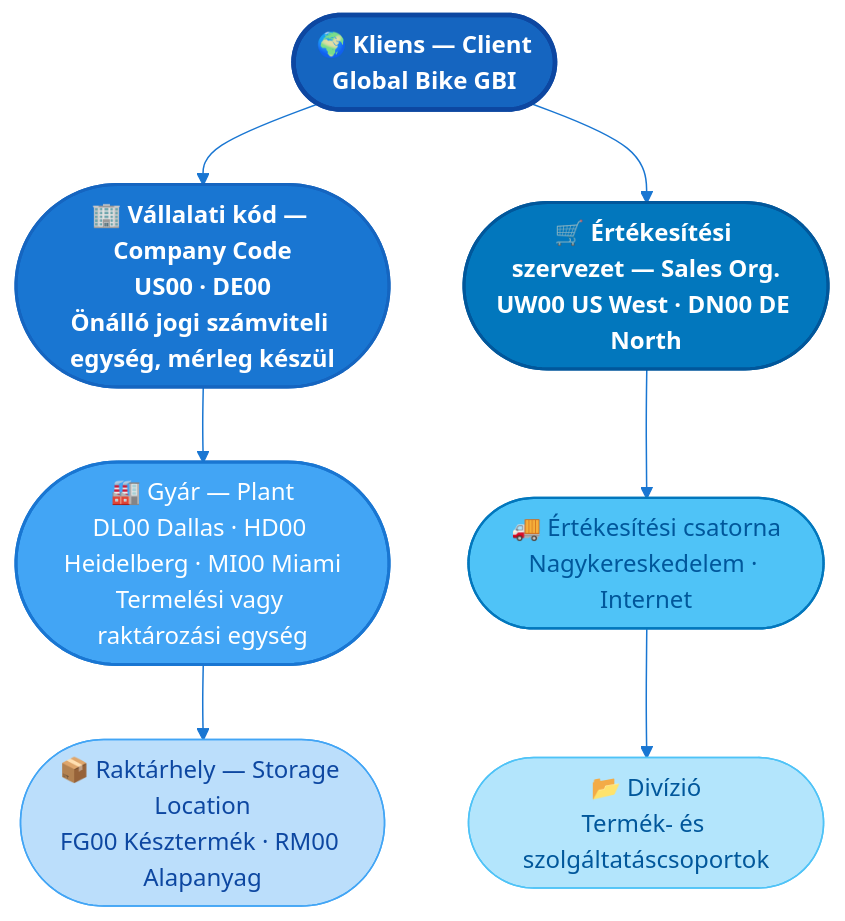
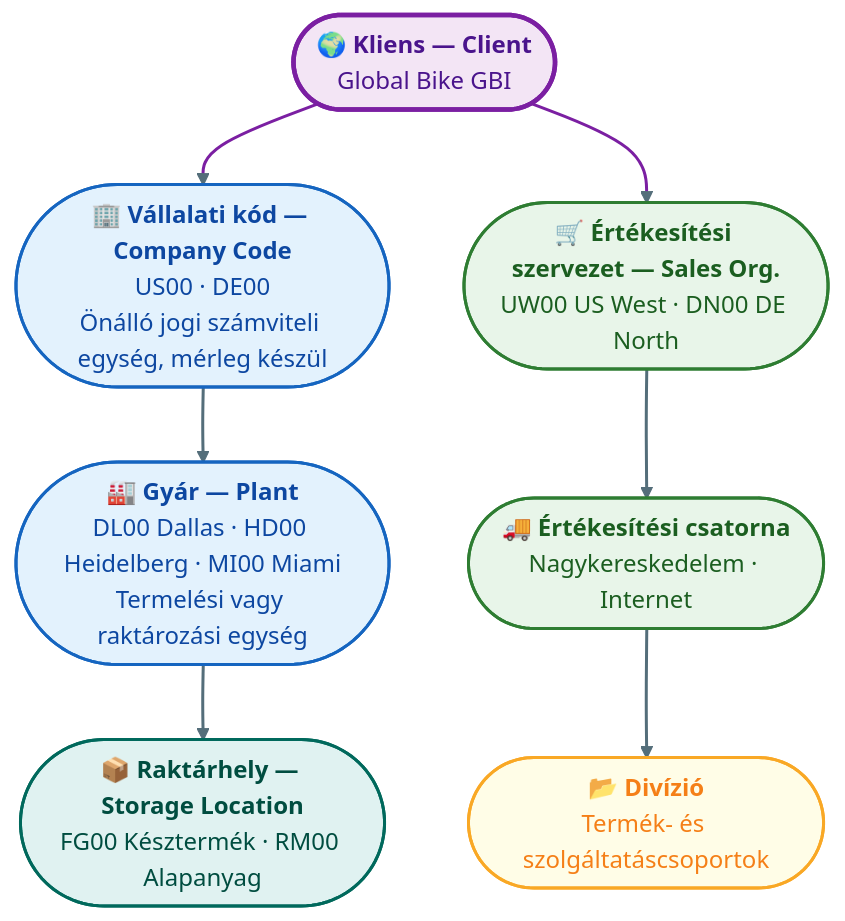
Before and after one commit to denespocsik/MM_BSC_Zarovizsga: the second of 3 diagrams in Tételek/V14-GMXIV2MBLF-SAP S4HANA struktúra és modulok.tétel.md, drawn with Mermaid. The commit also changed other lines of this file and 34 other files, not shown here.

First line of the commit message:
style(tételek): egységes vizuális arculat a Mermaid-diagramokhoz

````diff
--- a/Tételek/V14-GMXIV2MBLF-SAP S4HANA struktúra és modulok.tétel.md
+++ b/Tételek/V14-GMXIV2MBLF-SAP S4HANA struktúra és modulok.tétel.md
@@ -62,22 +66,22 @@
 ```mermaid
-%%{init: {'theme': 'base', 'themeVariables': {'primaryColor': '#E3F2FD', 'primaryBorderColor': '#1565C0', 'lineColor': '#1976D2'}}}%%
 flowchart TD
-    classDef client  fill:#1565C0,stroke:#0D47A1,stroke-width:3px,color:#fff,font-weight:bold
-    classDef company fill:#1976D2,stroke:#1565C0,stroke-width:2px,color:#fff,font-weight:bold
-    classDef plant   fill:#42A5F5,stroke:#1976D2,stroke-width:2px,color:#fff
-    classDef storage fill:#BBDEFB,stroke:#42A5F5,stroke-width:1px,color:#0D47A1
-    classDef sales   fill:#0277BD,stroke:#01579B,stroke-width:2px,color:#fff,font-weight:bold
-    classDef channel fill:#4FC3F7,stroke:#0277BD,stroke-width:1.5px,color:#01579B
-    classDef div     fill:#B3E5FC,stroke:#4FC3F7,stroke-width:1px,color:#01579B
-
-    CL(["🌍 Kliens — Client\nGlobal Bike GBI"]):::client
-    CC(["🏢 Vállalati kód — Company Code\nUS00 · DE00\nÖnálló jogi számviteli egység, mérleg készül"]):::company
-    PL(["🏭 Gyár — Plant\nDL00 Dallas · HD00 Heidelberg · MI00 Miami\nTermelési vagy raktározási egység"]):::plant
-    SL(["📦 Raktárhely — Storage Location\nFG00 Késztermék · RM00 Alapanyag"]):::storage
-    SO(["🛒 Értékesítési szervezet — Sales Org.\nUW00 US West · DN00 DE North"]):::sales
-    DC(["🚚 Értékesítési csatorna\nNagykereskedelem · Internet"]):::channel
-    DV(["📂 Divízió\nTermék- és szolgáltatáscsoportok"]):::div
+    CL(["🌍 <b>Kliens — Client</b><br/>Global Bike GBI"]):::lilaH
+    CC(["🏢 <b>Vállalati kód — Company Code</b><br/>US00 · DE00<br/>Önálló jogi számviteli egység, mérleg készül"]):::kek
+    PL(["🏭 <b>Gyár — Plant</b><br/>DL00 Dallas · HD00 Heidelberg · MI00 Miami<br/>Termelési vagy raktározási egység"]):::kek
+    SL(["📦 <b>Raktárhely — Storage Location</b><br/>FG00 Késztermék · RM00 Alapanyag"]):::turkiz
+    SO(["🛒 <b>Értékesítési szervezet — Sales Org.</b><br/>UW00 US West · DN00 DE North"]):::zold
+    DC(["🚚 <b>Értékesítési csatorna</b><br/>Nagykereskedelem · Internet"]):::zold
+    DV(["📂 <b>Divízió</b><br/>Termék- és szolgáltatáscsoportok"]):::sarga
 
     CL --> CC --> PL --> SL
     CL --> SO --> DC --> DV
+
+    classDef kek    fill:#e3f2fd,stroke:#1565c0,stroke-width:2px,color:#0d47a1,rx:10,ry:10;
+    classDef zold   fill:#e8f5e9,stroke:#2e7d32,stroke-width:2px,color:#1b5e20,rx:10,ry:10;
+    classDef lilaH  fill:#f3e5f5,stroke:#7b1fa2,stroke-width:3px,color:#4a148c,rx:10,ry:10;
+    classDef turkiz fill:#e0f2f1,stroke:#00695c,stroke-width:2px,color:#004d40,rx:10,ry:10;
+    classDef sarga  fill:#fffde7,stroke:#f9a825,stroke-width:2px,color:#f57f17,rx:10,ry:10;
+
+    linkStyle default stroke:#546e7a,stroke-width:2px;
+    linkStyle 0,3 stroke:#7b1fa2,stroke-width:2px;
 ```
````
